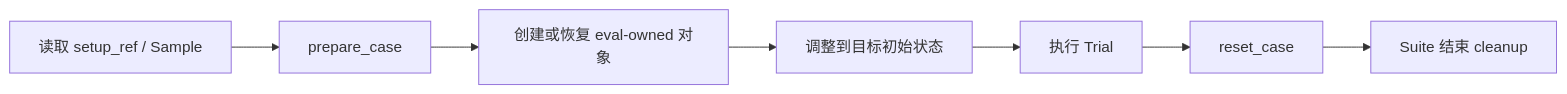
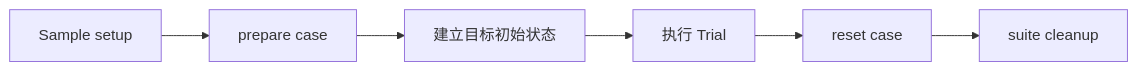
One commit to Arthur999459up/GitAgent changed the fourth of 10 diagrams in docs/14-evaluation-design.md. Above: the diagram before and after it, drawn with Mermaid. The commit also changed other lines of this file and 15 other files, not shown here.

````diff
--- a/docs/14-evaluation-design.md
+++ b/docs/14-evaluation-design.md
@@ -271,9 +138,8 @@
 ```mermaid
 flowchart LR
-    S[读取 setup_ref / Sample] --> P[prepare_case]
-    P --> O[创建或恢复 eval-owned 对象]
-    O --> R[调整到目标初始状态]
+    S[Sample setup] --> P[prepare case]
+    P --> R[建立目标初始状态]
     R --> T[执行 Trial]
-    T --> C[reset_case]
-    C --> E[Suite 结束 cleanup]
+    T --> C[reset case]
+    C --> G[suite cleanup]
 ```
````
